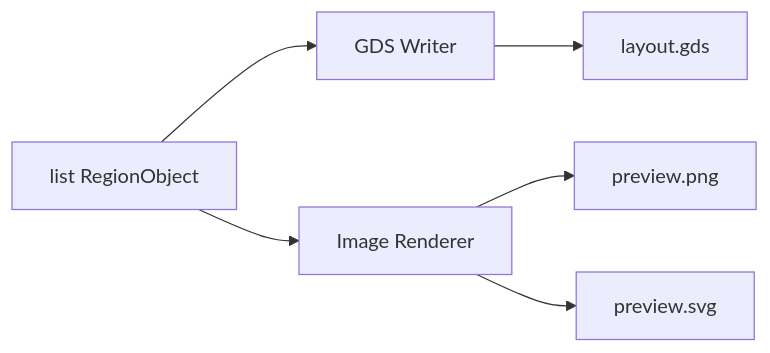
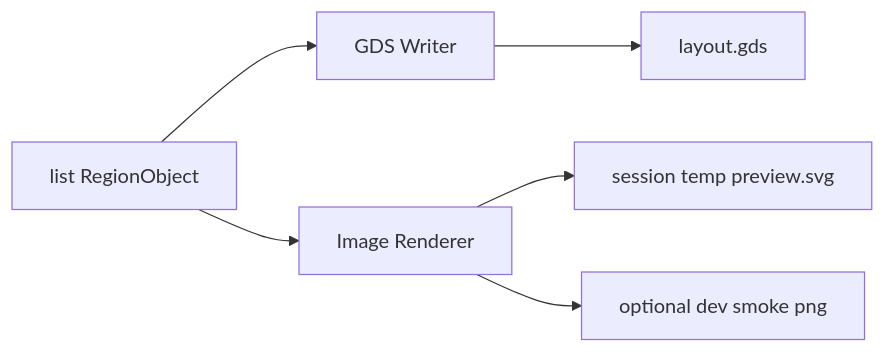
Before and after one commit to yyihuan/Summer-GDS: the seventh of 7 diagrams in docs/refactor/processing-pipeline.md, drawn with Mermaid. The commit also changed other lines of this file and 14 other files, not shown here.

````diff
--- a/docs/refactor/processing-pipeline.md
+++ b/docs/refactor/processing-pipeline.md
@@ -247,8 +247,8 @@
 ```mermaid
 flowchart LR
   Regions[list RegionObject] --> GDS[GDS Writer]
   Regions --> Image[Image Renderer]
   GDS --> GdsFile[layout.gds]
-  Image --> PngFile[preview.png]
-  Image --> SvgFile[preview.svg]
+  Image --> SvgFile[session temp preview.svg]
+  Image --> PngFile[optional dev smoke png]
 ```
````
